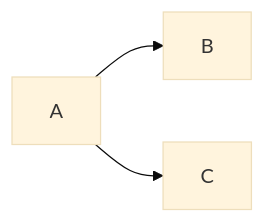
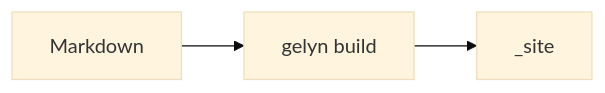
One commit to StefanGreve/gelyn changed the diagram in example/blog/code.md. Above: the diagram before and after it, drawn with Mermaid (base theme). The commit also changed other lines of this file and 11 other files, not shown here.

````diff
--- a/example/blog/code.md
+++ b/example/blog/code.md
@@ -22,5 +25,4 @@
 ```mermaid
 flowchart LR
-    A --> B
-    A --> C
+    A[Markdown] --> B[gelyn build] --> C[_site]
 ```
````
